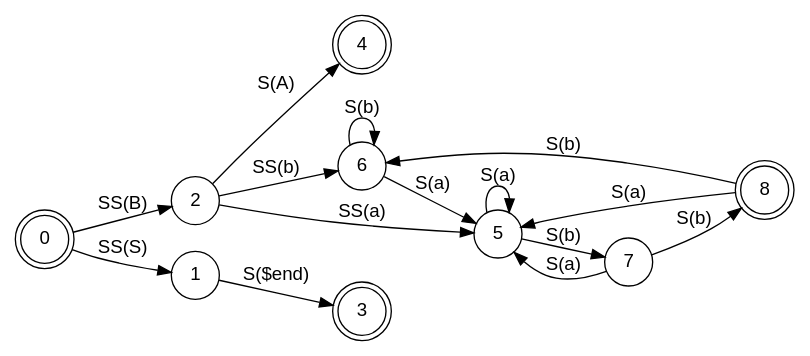
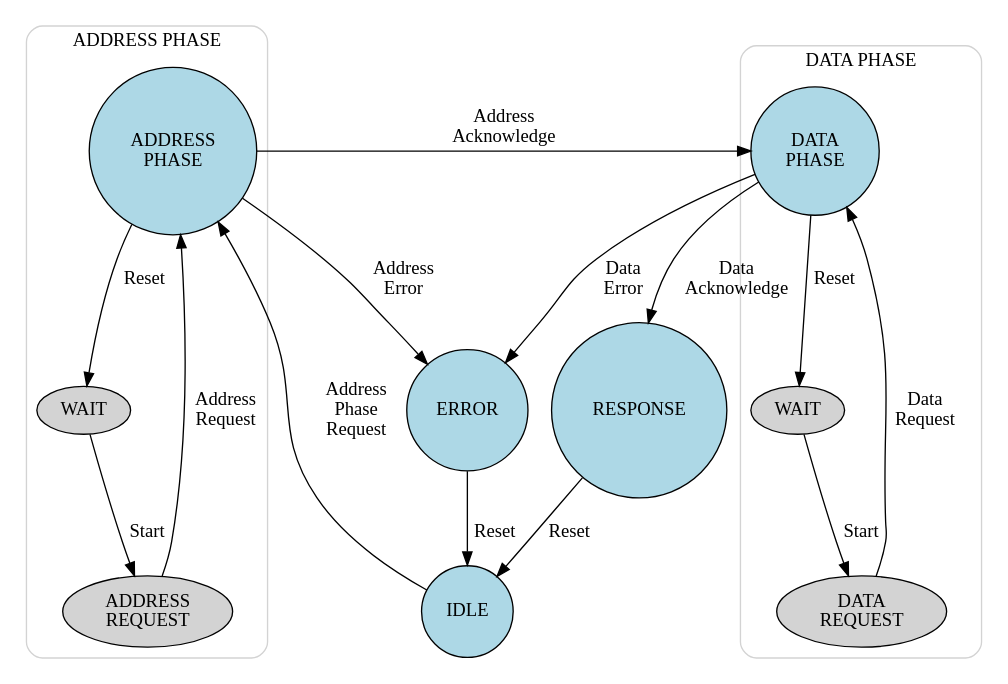
Before and after one commit to PacoReinaCampo/SoC-RTOS: the diagram in requirements/uml/library/pu/ahb3/peripheral_behavioral_state.dot, drawn with Graphviz. The commit also changed 130 other files, not shown here.

```diff
--- a/requirements/uml/library/pu/ahb3/peripheral_behavioral_state.dot
+++ b/requirements/uml/library/pu/ahb3/peripheral_behavioral_state.dot
@@ -1,22 +1,45 @@
-digraph finite_state_machine {
-	fontname="Helvetica,Arial,sans-serif"
-	node [fontname="Helvetica,Arial,sans-serif"]
-	edge [fontname="Helvetica,Arial,sans-serif"]
-	rankdir=LR;
-	node [shape = doublecircle]; 0 3 4 8;
-	node [shape = circle];
-	0 -> 2 [label = "SS(B)"];
-	0 -> 1 [label = "SS(S)"];
-	1 -> 3 [label = "S($end)"];
-	2 -> 6 [label = "SS(b)"];
-	2 -> 5 [label = "SS(a)"];
-	2 -> 4 [label = "S(A)"];
-	5 -> 7 [label = "S(b)"];
-	5 -> 5 [label = "S(a)"];
-	6 -> 6 [label = "S(b)"];
-	6 -> 5 [label = "S(a)"];
-	7 -> 8 [label = "S(b)"];
-	7 -> 5 [label = "S(a)"];
-	8 -> 6 [label = "S(b)"];
-	8 -> 5 [label = "S(a)"];
+digraph behavioral_state_ahb3 {
+  node [shape = circle, style=filled, fillcolor=lightblue];
+  
+  // Estados
+  IDLE [label="IDLE"];
+  ADDRESS_PHASE [label="ADDRESS\nPHASE"];
+  DATA_PHASE [label="DATA\nPHASE"];
+  RESPONSE [label="RESPONSE"];
+  ERROR [label="ERROR"];
+
+  // Transiciones
+  IDLE -> ADDRESS_PHASE [label="Address\nPhase\nRequest"];
+  ADDRESS_PHASE -> DATA_PHASE [label="Address\nAcknowledge"];
+  ADDRESS_PHASE -> ERROR [label="Address\nError"];
+  DATA_PHASE -> RESPONSE [label="Data\nAcknowledge"];
+  DATA_PHASE -> ERROR [label="Data\nError"];
+  RESPONSE -> IDLE [label="Reset"];
+  ERROR -> IDLE [label="Reset"];
+  
+  // Subestados de la fase de dirección
+  subgraph cluster_address_phase {
+    label = " ADDRESS PHASE";
+    style = rounded;
+    color = lightgrey;
+    node [shape=ellipse, style=filled, fillcolor=lightgrey];
+    WAIT_ADDRESS [label="WAIT"];
+    ADDRESS_REQUEST [label="ADDRESS\nREQUEST"];
+    WAIT_ADDRESS -> ADDRESS_REQUEST [label="Start"];
+    ADDRESS_REQUEST -> ADDRESS_PHASE [label="Address\nRequest"];
+    ADDRESS_PHASE -> WAIT_ADDRESS [label="Reset"];
+  }
+
+  // Subestados de la fase de datos
+  subgraph cluster_data_phase {
+    label = " DATA PHASE";
+    style = rounded;
+    color = lightgrey;
+    node [shape=ellipse, style=filled, fillcolor=lightgrey];
+    WAIT_DATA [label="WAIT"];
+    DATA_REQUEST [label="DATA\nREQUEST"];
+    WAIT_DATA -> DATA_REQUEST [label="Start"];
+    DATA_REQUEST -> DATA_PHASE [label="Data\nRequest"];
+    DATA_PHASE -> WAIT_DATA [label="Reset"];
+  }
 }
```
